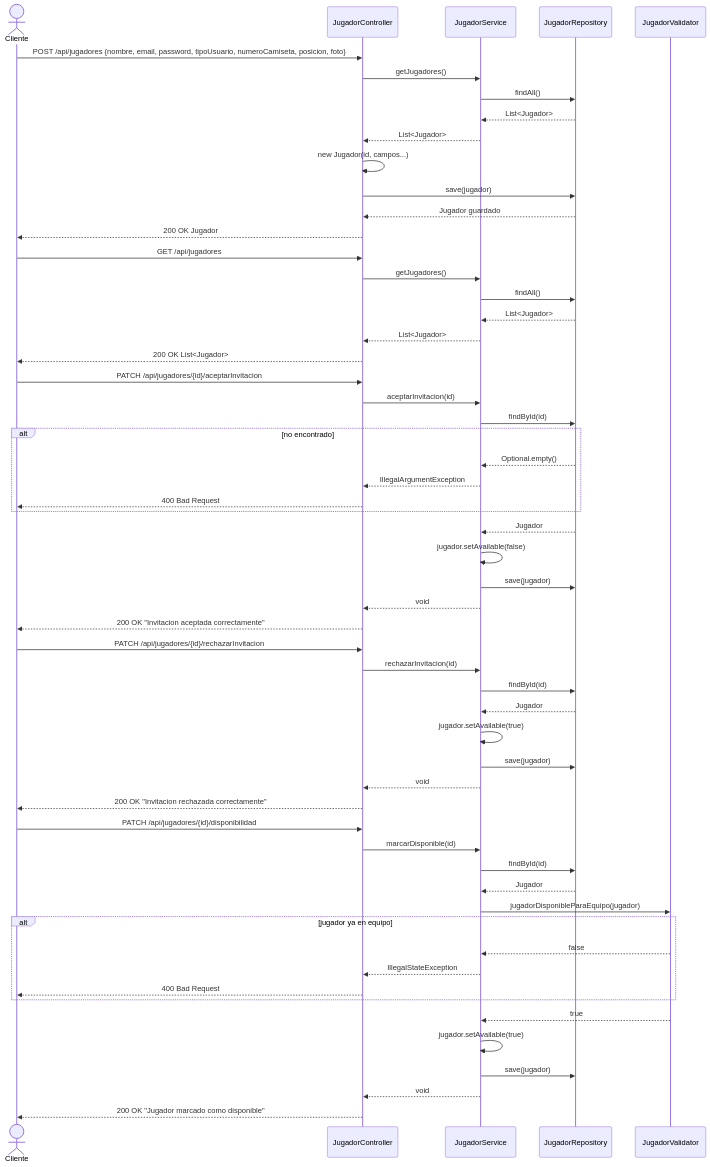
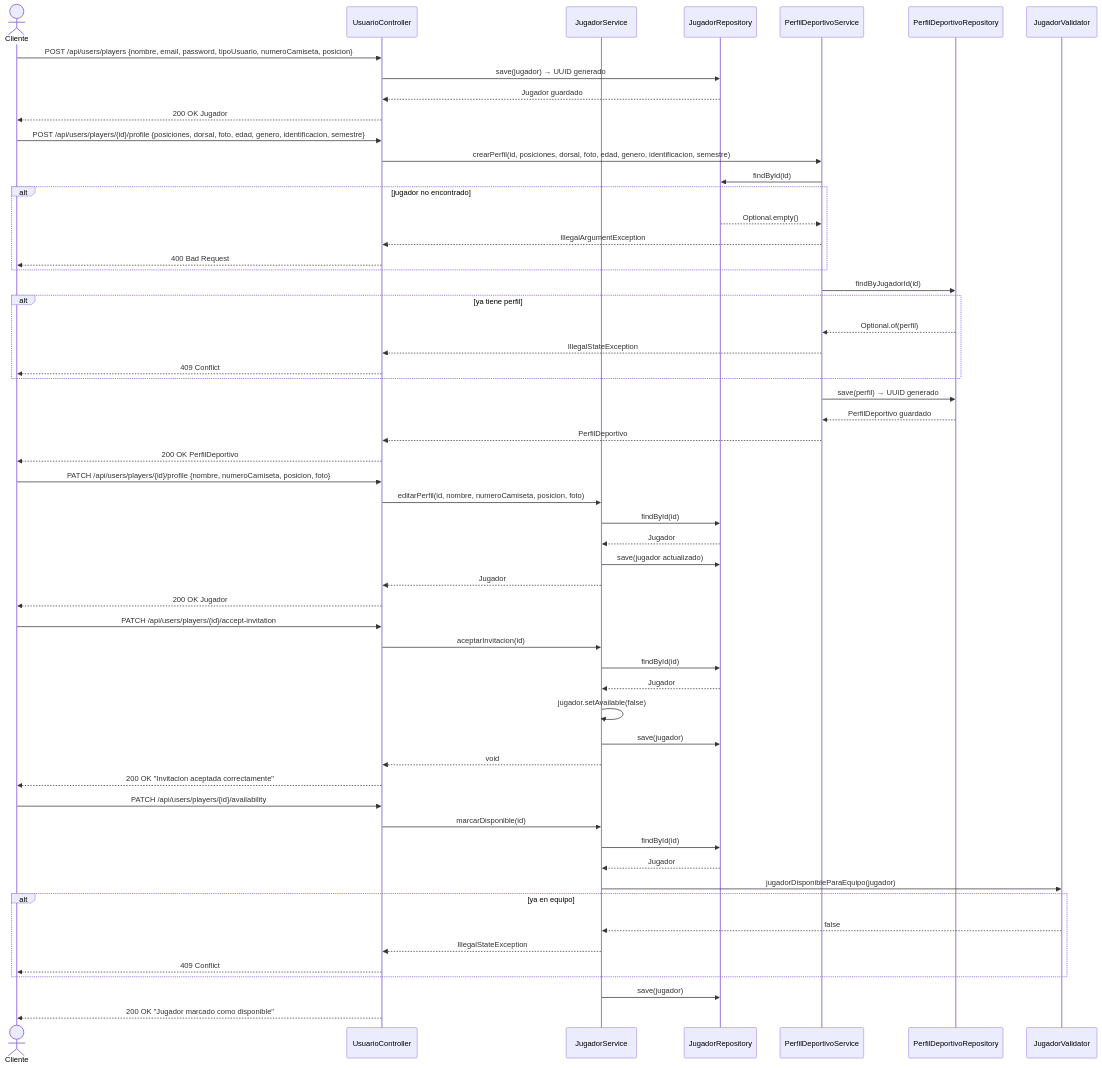
Before and after one commit to nglsz006/SFC_techcup-futbol: the diagram in docs/uml/diagramas-secuencia/05-jugadores.md, drawn with Mermaid. The commit also changed 22 other files, not shown here.

Commit message:
feat: UUID migration, OAuth2 fix, updated Mermaid diagrams and README Sprint 4

````diff
--- a/docs/uml/diagramas-secuencia/05-jugadores.md
+++ b/docs/uml/diagramas-secuencia/05-jugadores.md
@@ -3,69 +3,69 @@
 ```mermaid
 sequenceDiagram
     actor Cliente
-    participant JugadorController
+    participant UsuarioController
     participant JugadorService
     participant JugadorRepository
+    participant PerfilDeportivoService
+    participant PerfilDeportivoRepository
     participant JugadorValidator
 
     %% Crear jugador
-    Cliente->>JugadorController: POST /api/jugadores {nombre, email, password, tipoUsuario, numeroCamiseta, posicion, foto}
-    JugadorController->>JugadorService: getJugadores()
-    JugadorService->>JugadorRepository: findAll()
-    JugadorRepository-->>JugadorService: List<Jugador>
-    JugadorService-->>JugadorController: List<Jugador>
-    JugadorController->>JugadorController: new Jugador(id, campos...)
-    JugadorController->>JugadorRepository: save(jugador)
-    JugadorRepository-->>JugadorController: Jugador guardado
-    JugadorController-->>Cliente: 200 OK Jugador
+    Cliente->>UsuarioController: POST /api/users/players {nombre, email, password, tipoUsuario, numeroCamiseta, posicion}
+    UsuarioController->>JugadorRepository: save(jugador) → UUID generado
+    JugadorRepository-->>UsuarioController: Jugador guardado
+    UsuarioController-->>Cliente: 200 OK Jugador
 
-    %% Listar jugadores
-    Cliente->>JugadorController: GET /api/jugadores
-    JugadorController->>JugadorService: getJugadores()
-    JugadorService->>JugadorRepository: findAll()
-    JugadorRepository-->>JugadorService: List<Jugador>
-    JugadorService-->>JugadorController: List<Jugador>
-    JugadorController-->>Cliente: 200 OK List<Jugador>
+    %% Crear perfil deportivo
+    Cliente->>UsuarioController: POST /api/users/players/{id}/profile {posiciones, dorsal, foto, edad, genero, identificacion, semestre}
+    UsuarioController->>PerfilDeportivoService: crearPerfil(id, posiciones, dorsal, foto, edad, genero, identificacion, semestre)
+    PerfilDeportivoService->>JugadorRepository: findById(id)
+    alt jugador no encontrado
+        JugadorRepository-->>PerfilDeportivoService: Optional.empty()
+        PerfilDeportivoService-->>UsuarioController: IllegalArgumentException
+        UsuarioController-->>Cliente: 400 Bad Request
+    end
+    PerfilDeportivoService->>PerfilDeportivoRepository: findByJugadorId(id)
+    alt ya tiene perfil
+        PerfilDeportivoRepository-->>PerfilDeportivoService: Optional.of(perfil)
+        PerfilDeportivoService-->>UsuarioController: IllegalStateException
+        UsuarioController-->>Cliente: 409 Conflict
+    end
+    PerfilDeportivoService->>PerfilDeportivoRepository: save(perfil) → UUID generado
+    PerfilDeportivoRepository-->>PerfilDeportivoService: PerfilDeportivo guardado
+    PerfilDeportivoService-->>UsuarioController: PerfilDeportivo
+    UsuarioController-->>Cliente: 200 OK PerfilDeportivo
+
+    %% Editar perfil
+    Cliente->>UsuarioController: PATCH /api/users/players/{id}/profile {nombre, numeroCamiseta, posicion, foto}
+    UsuarioController->>JugadorService: editarPerfil(id, nombre, numeroCamiseta, posicion, foto)
+    JugadorService->>JugadorRepository: findById(id)
+    JugadorRepository-->>JugadorService: Jugador
+    JugadorService->>JugadorRepository: save(jugador actualizado)
+    JugadorService-->>UsuarioController: Jugador
+    UsuarioController-->>Cliente: 200 OK Jugador
 
     %% Aceptar invitacion
-    Cliente->>JugadorController: PATCH /api/jugadores/{id}/aceptarInvitacion
-    JugadorController->>JugadorService: aceptarInvitacion(id)
+    Cliente->>UsuarioController: PATCH /api/users/players/{id}/accept-invitation
+    UsuarioController->>JugadorService: aceptarInvitacion(id)
     JugadorService->>JugadorRepository: findById(id)
-    alt no encontrado
-        JugadorRepository-->>JugadorService: Optional.empty()
-        JugadorService-->>JugadorController: IllegalArgumentException
-        JugadorController-->>Cliente: 400 Bad Request
-    end
     JugadorRepository-->>JugadorService: Jugador
     JugadorService->>JugadorService: jugador.setAvailable(false)
     JugadorService->>JugadorRepository: save(jugador)
-    JugadorService-->>JugadorController: void
-    JugadorController-->>Cliente: 200 OK "Invitacion aceptada correctamente"
-
-    %% Rechazar invitacion
-    Cliente->>JugadorController: PATCH /api/jugadores/{id}/rechazarInvitacion
-    JugadorController->>JugadorService: rechazarInvitacion(id)
-    JugadorService->>JugadorRepository: findById(id)
-    JugadorRepository-->>JugadorService: Jugador
-    JugadorService->>JugadorService: jugador.setAvailable(true)
-    JugadorService->>JugadorRepository: save(jugador)
-    JugadorService-->>JugadorController: void
-    JugadorController-->>Cliente: 200 OK "Invitacion rechazada correctamente"
+    JugadorService-->>UsuarioController: void
+    UsuarioController-->>Cliente: 200 OK "Invitacion aceptada correctamente"
 
     %% Marcar disponible
-    Cliente->>JugadorController: PATCH /api/jugadores/{id}/disponibilidad
-    JugadorController->>JugadorService: marcarDisponible(id)
+    Cliente->>UsuarioController: PATCH /api/users/players/{id}/availability
+    UsuarioController->>JugadorService: marcarDisponible(id)
     JugadorService->>JugadorRepository: findById(id)
     JugadorRepository-->>JugadorService: Jugador
     JugadorService->>JugadorValidator: jugadorDisponibleParaEquipo(jugador)
-    alt jugador ya en equipo
+    alt ya en equipo
         JugadorValidator-->>JugadorService: false
-        JugadorService-->>JugadorController: IllegalStateException
-        JugadorController-->>Cliente: 400 Bad Request
+        JugadorService-->>UsuarioController: IllegalStateException
+        UsuarioController-->>Cliente: 409 Conflict
     end
-    JugadorValidator-->>JugadorService: true
-    JugadorService->>JugadorService: jugador.setAvailable(true)
     JugadorService->>JugadorRepository: save(jugador)
-    JugadorService-->>JugadorController: void
-    JugadorController-->>Cliente: 200 OK "Jugador marcado como disponible"
+    UsuarioController-->>Cliente: 200 OK "Jugador marcado como disponible"
 ```
````
